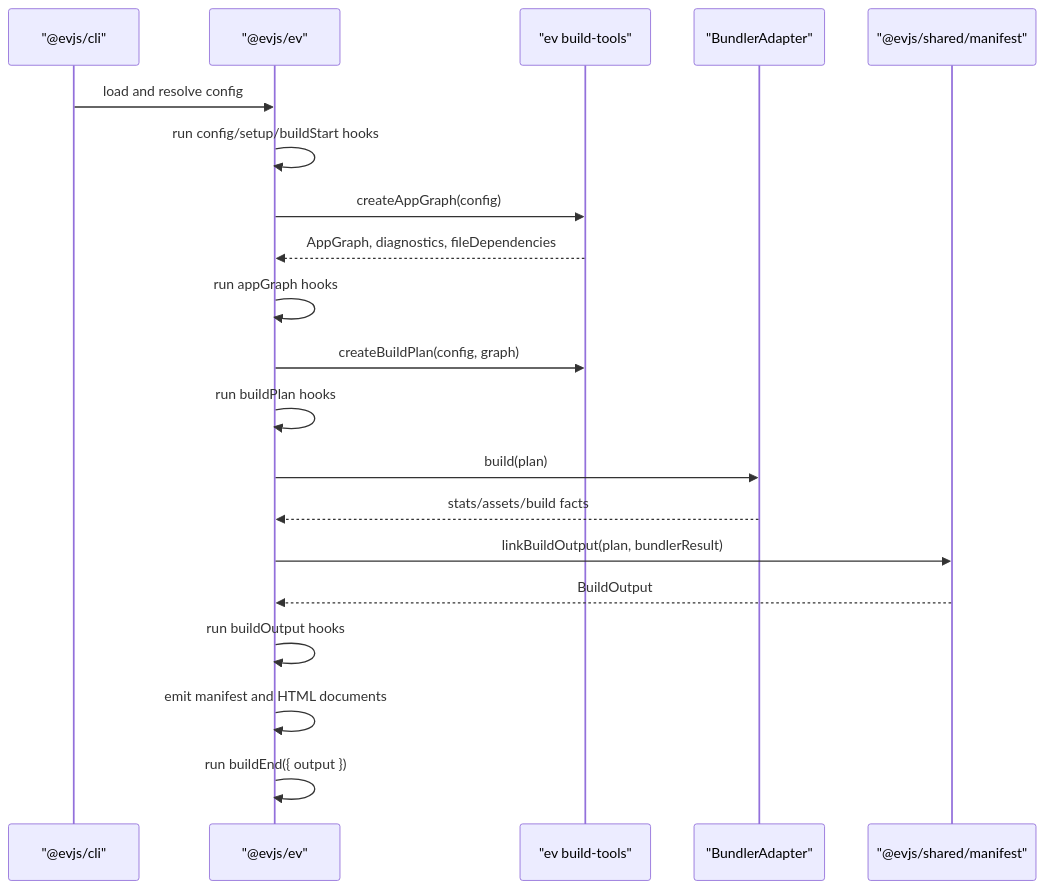
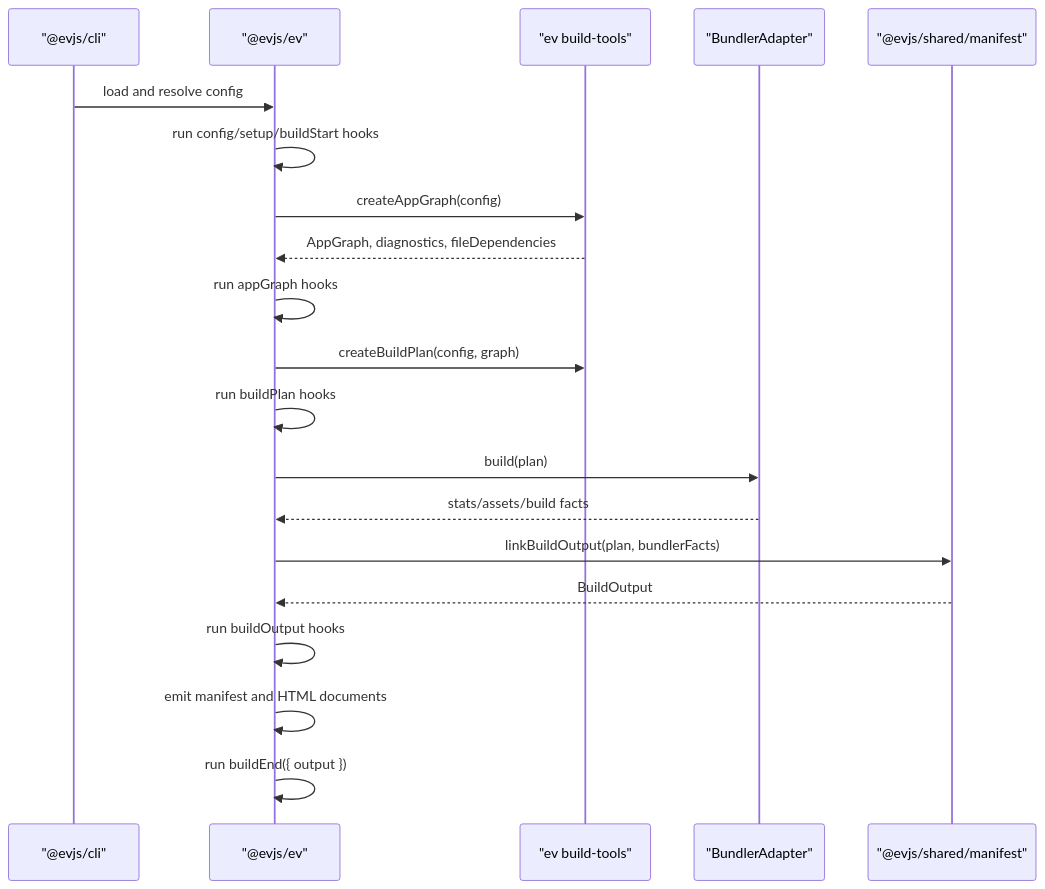
One commit to afx-team/evjs changed the diagram in ARCHITECTURE.md. Above: the diagram before and after it, drawn with Mermaid. The commit also changed other lines of this file and 24 other files, not shown here.

````diff
--- a/ARCHITECTURE.md
+++ b/ARCHITECTURE.md
@@ -62,23 +63,23 @@
 ```mermaid
 sequenceDiagram
   participant CLI as "@evjs/cli"
   participant EV as "@evjs/ev"
   participant Tools as "ev build-tools"
   participant Bundler as "BundlerAdapter"
   participant Manifest as "@evjs/shared/manifest"
 
   CLI->>EV: load and resolve config
   EV->>EV: run config/setup/buildStart hooks
   EV->>Tools: createAppGraph(config)
   Tools-->>EV: AppGraph, diagnostics, fileDependencies
   EV->>EV: run appGraph hooks
   EV->>Tools: createBuildPlan(config, graph)
   EV->>EV: run buildPlan hooks
   EV->>Bundler: build(plan)
   Bundler-->>EV: stats/assets/build facts
-  EV->>Manifest: linkBuildOutput(plan, bundlerResult)
+  EV->>Manifest: linkBuildOutput(plan, bundlerFacts)
   Manifest-->>EV: BuildOutput
   EV->>EV: run buildOutput hooks
   EV->>EV: emit manifest and HTML documents
   EV->>EV: run buildEnd({ output })
 ```
````
